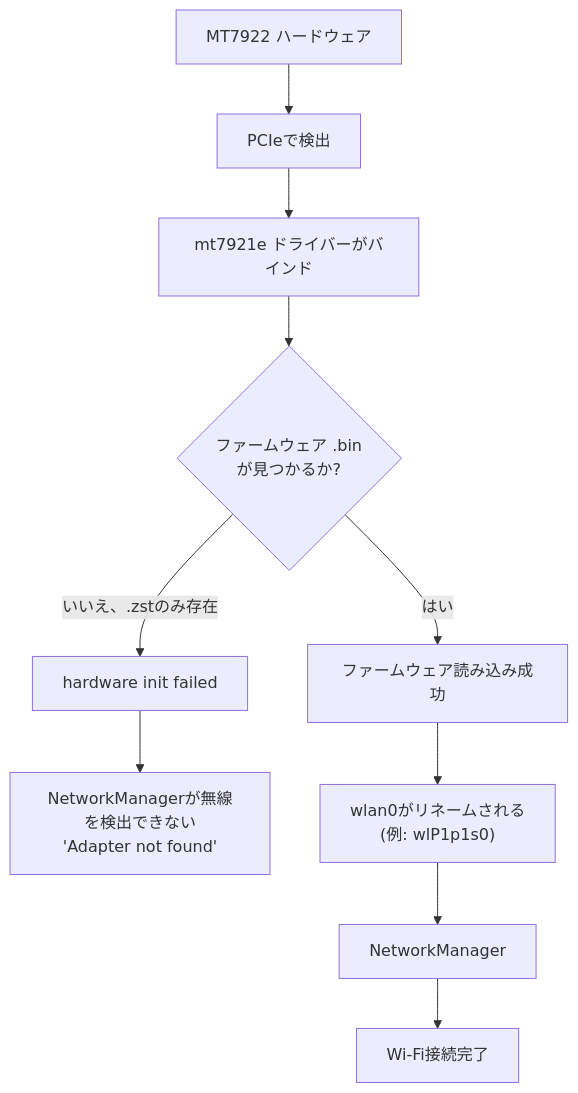
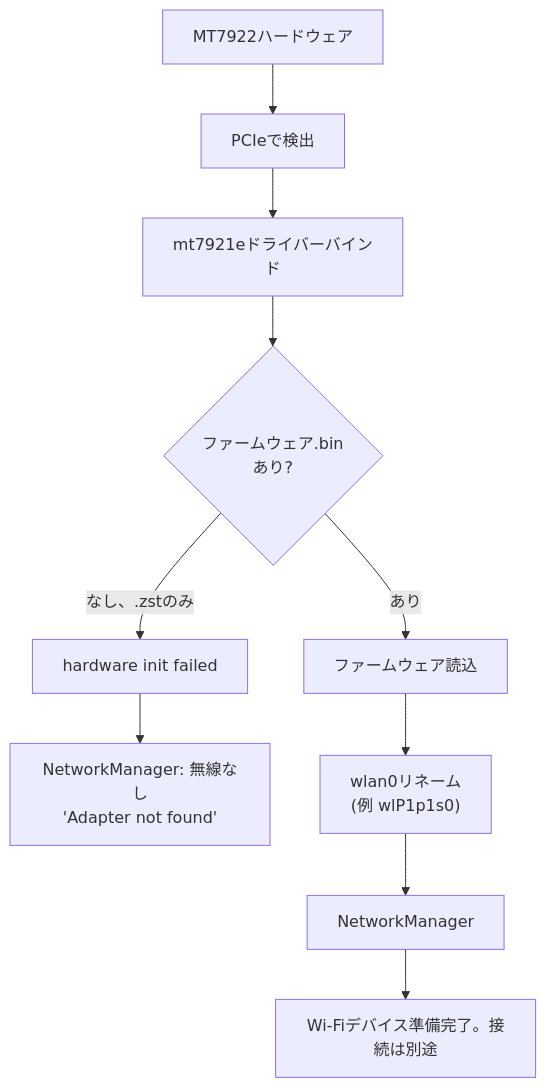
Before and after one commit to itbdelaboprogramming/msd700_documentation: the diagram in docs/ja/setup/wifi-mt7922.md, drawn with Mermaid. The commit also changed other lines of this file and 110 other files, not shown here.

````diff
--- a/docs/ja/setup/wifi-mt7922.md
+++ b/docs/ja/setup/wifi-mt7922.md
@@ -239,12 +183,12 @@
 ```mermaid
 flowchart TD
-  A["MT7922 ハードウェア"] --> B["PCIeで検出"]
-  B --> C["mt7921e ドライバーがバインド"]
-  C --> D{"ファームウェア .bin<br/>が見つかるか?"}
-  D -->|"いいえ、.zstのみ存在"| E["hardware init failed"]
-  E --> F["NetworkManagerが無線を検出できない<br/>'Adapter not found'"]
-  D -->|"はい"| G["ファームウェア読み込み成功"]
-  G --> H["wlan0がリネームされる<br/>(例: wlP1p1s0)"]
+  A["MT7922ハードウェア"] --> B["PCIeで検出"]
+  B --> C["mt7921eドライバーバインド"]
+  C --> D{"ファームウェア.bin<br/>あり?"}
+  D -->|"なし、.zstのみ"| E["hardware init failed"]
+  E --> F["NetworkManager: 無線なし<br/>'Adapter not found'"]
+  D -->|"あり"| G["ファームウェア読込"]
+  G --> H["wlan0リネーム<br/>(例 wlP1p1s0)"]
   H --> I["NetworkManager"]
-  I --> J["Wi-Fi接続完了"]
+  I --> J["Wi-Fiデバイス準備完了。接続は別途"]
 ```
````
